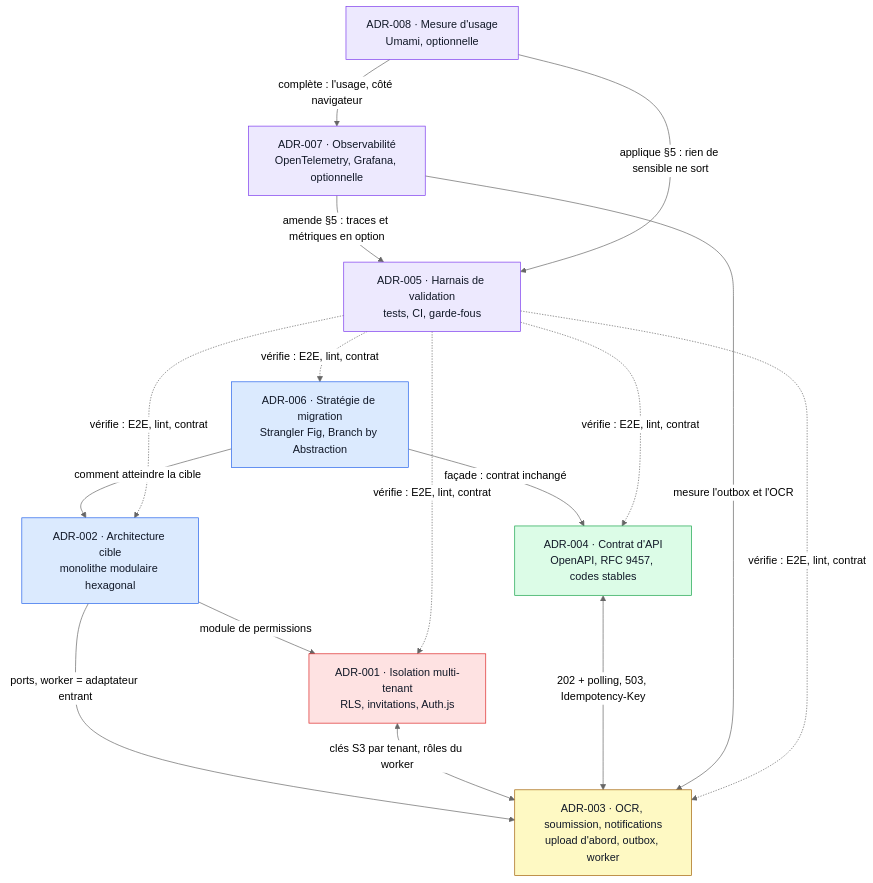
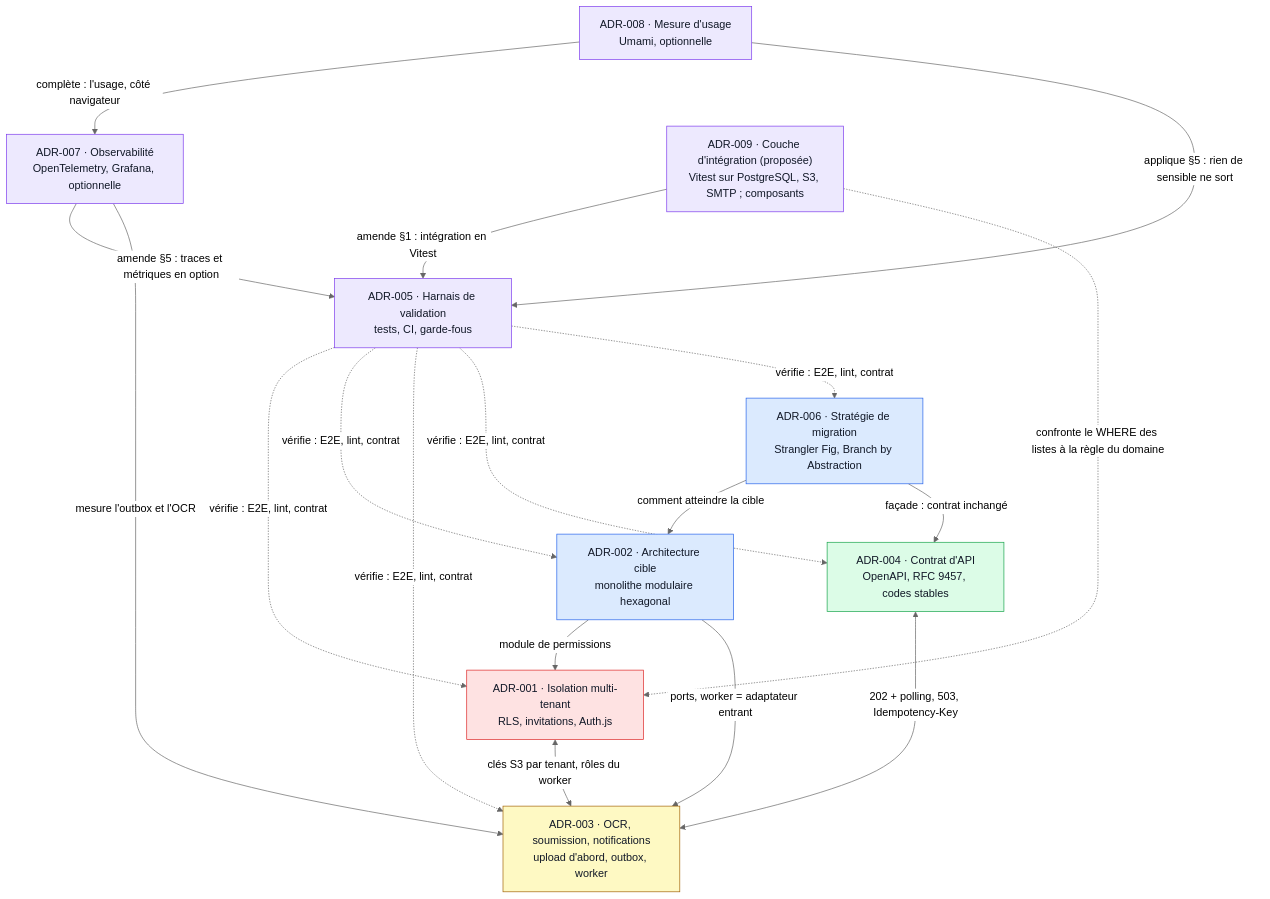
The diagram in docs/architecture/vues/adr.mmd (2-MORGAN/expense-io), drawn with Mermaid (neutral theme) before and after one commit. The commit also changed 71 other files, not shown here.

First line of the commit message:
test(integration): couche d'intégration Vitest et tests de composants (ADR-009 proposée)

```diff
--- a/docs/architecture/vues/adr.mmd
+++ b/docs/architecture/vues/adr.mmd
@@ -1,35 +1,38 @@
 flowchart TB
   %% Vue écrite à la main : la modifier ici, npm run generate:architecture la recopie dans docs/index.html.
   %% À tenir à jour avec docs/adr (CLAUDE.md, « Documentation développeur »).
 
   adr5["ADR-005 · Harnais de validation<br/>tests, CI, garde-fous"]
   adr2["ADR-002 · Architecture cible<br/>monolithe modulaire hexagonal"]
   adr1["ADR-001 · Isolation multi-tenant<br/>RLS, invitations, Auth.js"]
   adr3["ADR-003 · OCR, soumission, notifications<br/>upload d'abord, outbox, worker"]
   adr4["ADR-004 · Contrat d'API<br/>OpenAPI, RFC 9457, codes stables"]
   adr6["ADR-006 · Stratégie de migration<br/>Strangler Fig, Branch by Abstraction"]
   adr7["ADR-007 · Observabilité<br/>OpenTelemetry, Grafana, optionnelle"]
   adr8["ADR-008 · Mesure d'usage<br/>Umami, optionnelle"]
+  adr9["ADR-009 · Couche d'intégration (proposée)<br/>Vitest sur PostgreSQL, S3, SMTP ; composants"]
 
   adr2 -->|"module de permissions"| adr1
   adr2 -->|"ports, worker = adaptateur entrant"| adr3
   adr1 <-->|"clés S3 par tenant, rôles du worker"| adr3
   adr4 <-->|"202 + polling, 503, Idempotency-Key"| adr3
   adr6 -->|"comment atteindre la cible"| adr2
   adr6 -->|"façade : contrat inchangé"| adr4
   adr7 -->|"amende §5 : traces et métriques en option"| adr5
   adr7 -->|"mesure l'outbox et l'OCR"| adr3
   adr8 -->|"complète : l'usage, côté navigateur"| adr7
   adr8 -->|"applique §5 : rien de sensible ne sort"| adr5
+  adr9 -->|"amende §1 : intégration en Vitest"| adr5
+  adr9 -.->|"confronte le WHERE des listes à la règle du domaine"| adr1
   adr5 -.->|"vérifie : E2E, lint, contrat"| adr1 & adr2 & adr3 & adr4 & adr6
 
   classDef securite fill:#fee2e2,stroke:#dc2626,color:#111827
   classDef archi fill:#dbeafe,stroke:#2563eb,color:#111827
   classDef asynchrone fill:#fef9c3,stroke:#a16207,color:#111827
   classDef api fill:#dcfce7,stroke:#16a34a,color:#111827
   classDef qualite fill:#ede9fe,stroke:#7c3aed,color:#111827
   class adr1 securite
   class adr2,adr6 archi
   class adr3 asynchrone
   class adr4 api
-  class adr5,adr7,adr8 qualite
+  class adr5,adr7,adr8,adr9 qualite
```
